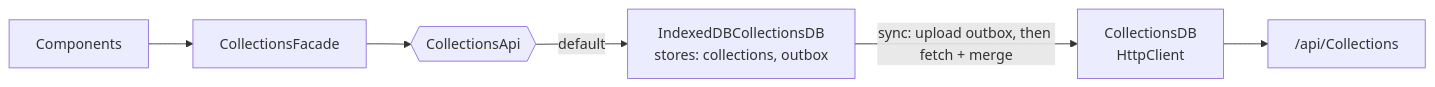
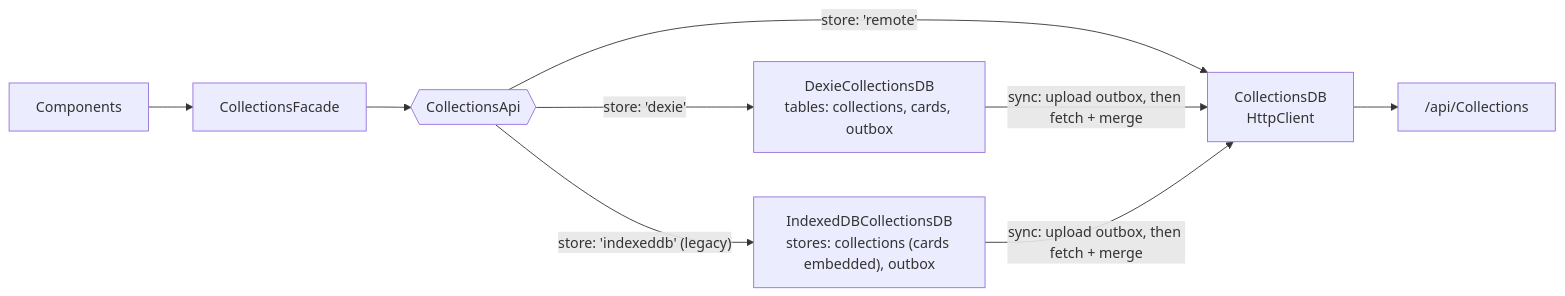
The third of 3 diagrams in SaveApp-UI/README.md (Assaviv/CollectionsProject), drawn with Mermaid before and after one commit. The commit also changed other lines of this file and 13 other files, not shown here.

First line of the commit message:
feat(data-access): add Dexie-backed local-first store with separate cards table

````diff
--- a/SaveApp-UI/README.md
+++ b/SaveApp-UI/README.md
@@ -95,8 +95,11 @@
 ```mermaid
 flowchart LR
     C[Components] --> F[CollectionsFacade]
     F --> API{{"CollectionsApi"}}
-    API -->|default| IDB["IndexedDBCollectionsDB<br/>stores: collections, outbox"]
-    IDB -->|"sync: upload outbox, then fetch + merge"| REM["CollectionsDB<br/>HttpClient"]
+    API -->|"store: 'dexie'"| DX["DexieCollectionsDB<br/>tables: collections, cards, outbox"]
+    API -->|"store: 'indexeddb' (legacy)"| IDB["IndexedDBCollectionsDB<br/>stores: collections (cards embedded), outbox"]
+    API -->|"store: 'remote'"| REM
+    DX -->|"sync: upload outbox, then fetch + merge"| REM["CollectionsDB<br/>HttpClient"]
+    IDB -->|"sync: upload outbox, then fetch + merge"| REM
     REM --> GW["/api/Collections"]
 ```
````
